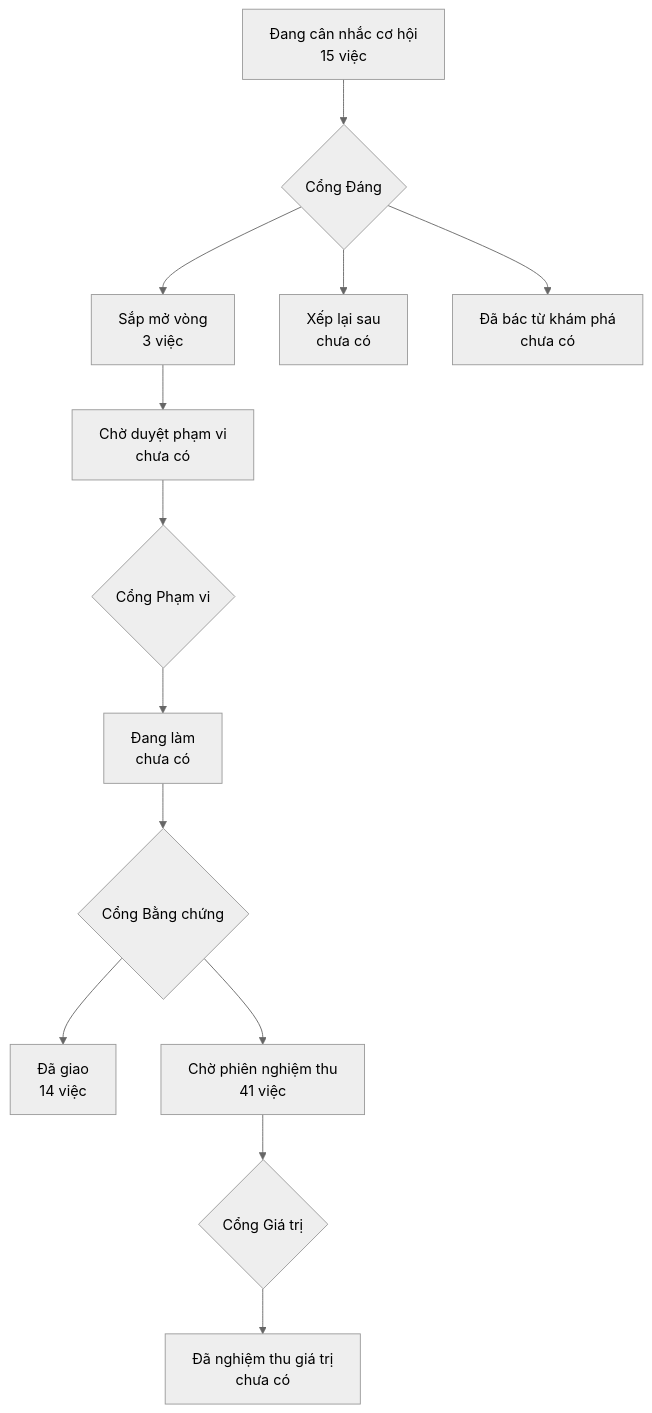
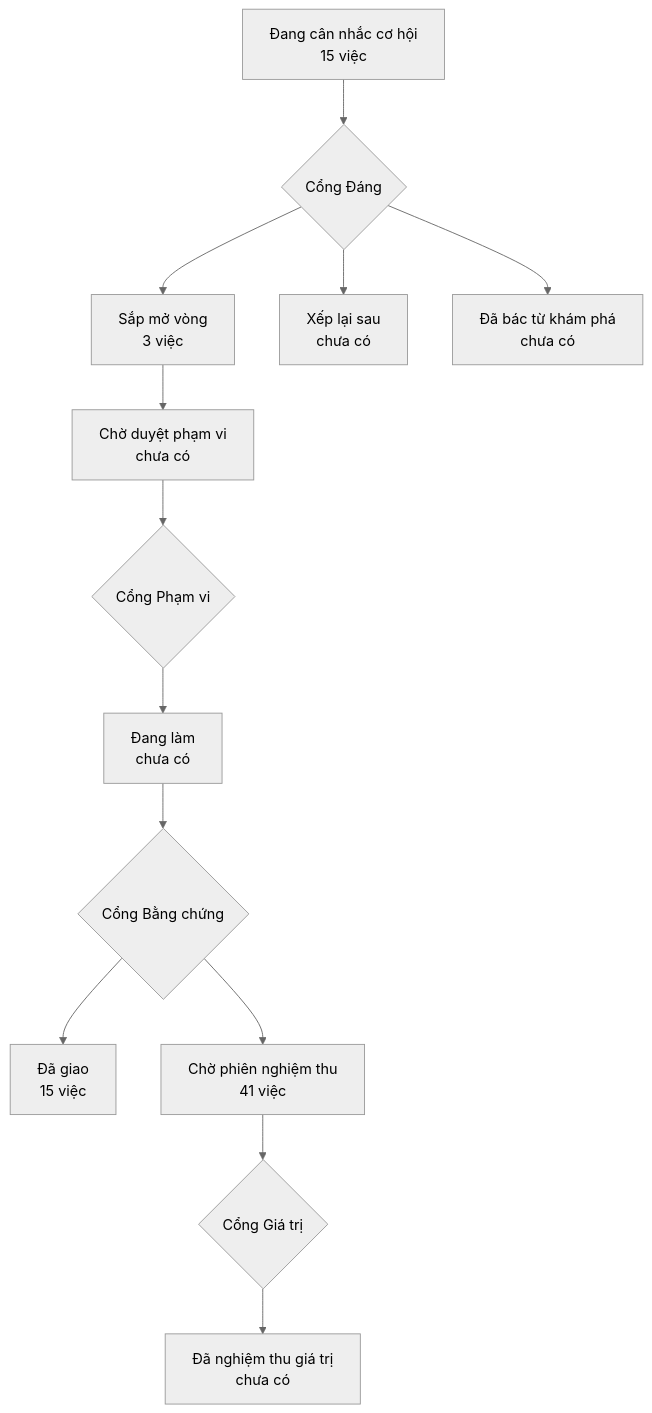
One commit to phanlemanh/onehub-quy-hang changed the diagram in PRODUCT-MAP.md. Above: the diagram before and after it, drawn with Mermaid (neutral theme). The commit also changed other lines of this file and 1 other file, not shown here.

Commit message:
chore(dieu-phoi): vẽ lại bản đồ sau gộp main

````diff
--- a/PRODUCT-MAP.md
+++ b/PRODUCT-MAP.md
@@ -7,12 +7,12 @@
 ```mermaid
 flowchart TD
   A["Đang cân nhắc cơ hội<br/>15 việc"] --> GD{"Cổng Đáng"}
   GD --> B["Sắp mở vòng<br/>3 việc"]
   GD --> XL["Xếp lại sau<br/>chưa có"]
   GD --> DB["Đã bác từ khám phá<br/>chưa có"]
   B --> CD["Chờ duyệt phạm vi<br/>chưa có"] --> GP{"Cổng Phạm vi"}
   GP --> DL["Đang làm<br/>chưa có"] --> GB{"Cổng Bằng chứng"}
-  GB --> DG["Đã giao<br/>14 việc"]
+  GB --> DG["Đã giao<br/>15 việc"]
   GB --> CN["Chờ phiên nghiệm thu<br/>41 việc"] --> GG{"Cổng Giá trị"}
   GG --> NT["Đã nghiệm thu giá trị<br/>chưa có"]
 ```
````
